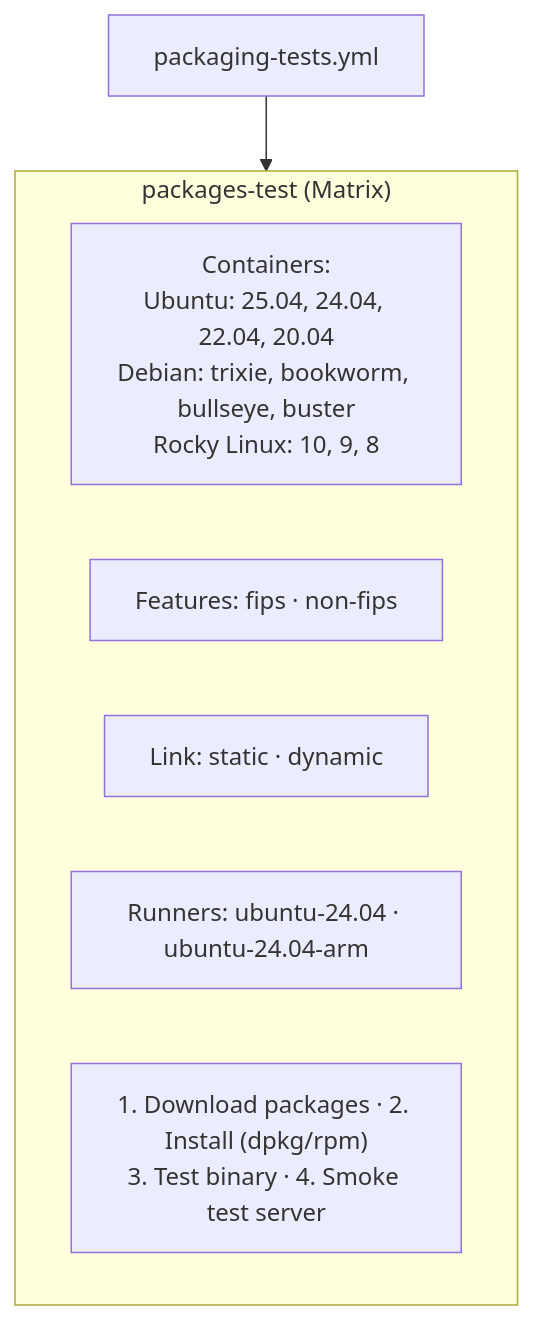
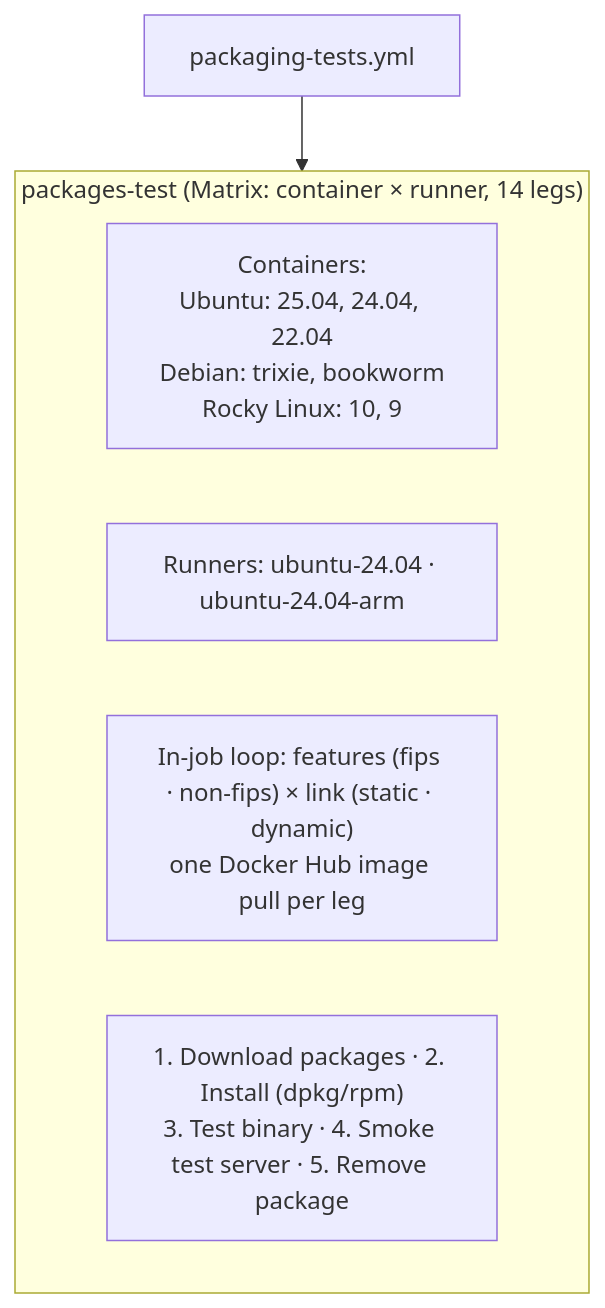
Before and after one commit to Cosmian/kms: the eighth of 17 diagrams in .github/README_WORKFLOWS.md, drawn with Mermaid. The commit also changed 9 other files, not shown here.

````diff
--- a/.github/README_WORKFLOWS.md
+++ b/.github/README_WORKFLOWS.md
@@ -208,12 +208,11 @@
 ```mermaid
 flowchart TB
     pt["packaging-tests.yml"]
-    subgraph matrix["packages-test (Matrix)"]
-        containers["Containers:<br/>Ubuntu: 25.04, 24.04, 22.04, 20.04<br/>Debian: trixie, bookworm, bullseye, buster<br/>Rocky Linux: 10, 9, 8"]
-        feat["Features: fips · non-fips"]
-        link["Link: static · dynamic"]
+    subgraph matrix["packages-test (Matrix: container × runner, 14 legs)"]
+        containers["Containers:<br/>Ubuntu: 25.04, 24.04, 22.04<br/>Debian: trixie, bookworm<br/>Rocky Linux: 10, 9"]
         run["Runners: ubuntu-24.04 · ubuntu-24.04-arm"]
-        steps["1. Download packages · 2. Install (dpkg/rpm)<br/>3. Test binary · 4. Smoke test server"]
+        loop["In-job loop: features (fips · non-fips) × link (static · dynamic)<br/>one Docker Hub image pull per leg"]
+        steps["1. Download packages · 2. Install (dpkg/rpm)<br/>3. Test binary · 4. Smoke test server · 5. Remove package"]
     end
     pt --> matrix
 ```
````
